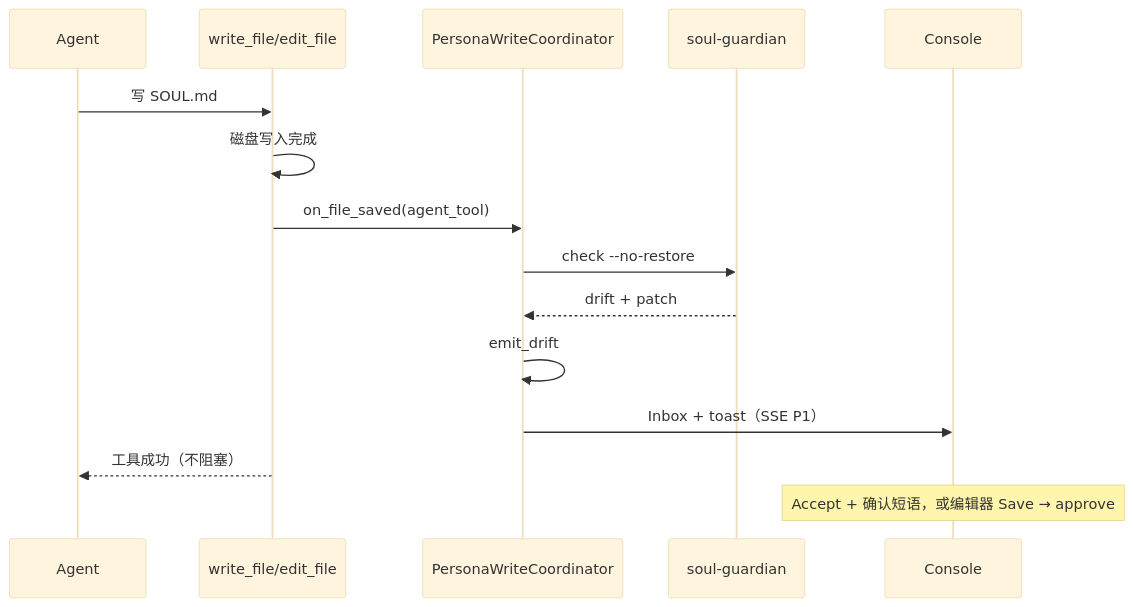
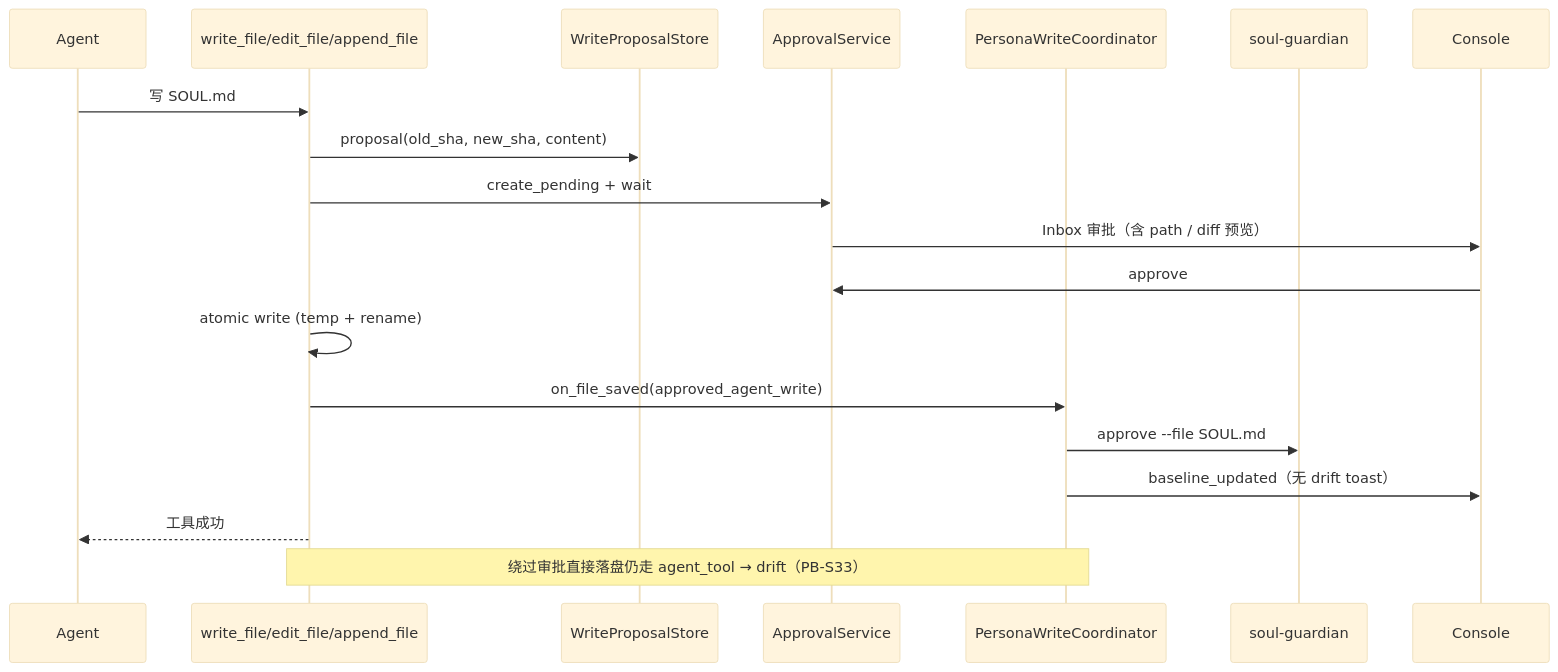
One commit to agentscope-ai/QwenPaw changed the fifth of 9 diagrams in extension/Persona Baseline Guardian Design.md. Above: the diagram before and after it, drawn with Mermaid (base theme). The commit also changed other lines of this file and 31 other files, not shown here.

````diff
--- a/extension/Persona Baseline Guardian Design.md
+++ b/extension/Persona Baseline Guardian Design.md
@@ -637,19 +652,23 @@
 ```mermaid
 sequenceDiagram
   participant Agent
-  participant Tool as write_file/edit_file
+  participant Tool as write_file/edit_file/append_file
+  participant Prop as WriteProposalStore
+  participant Appr as ApprovalService
   participant Coord as PersonaWriteCoordinator
   participant SG as soul-guardian
   participant UI as Console
 
   Agent->>Tool: 写 SOUL.md
-  Tool->>Tool: 磁盘写入完成
-  Tool->>Coord: on_file_saved(agent_tool)
-  Coord->>SG: check --no-restore
-  SG-->>Coord: drift + patch
-  Coord->>Coord: emit_drift
-  Coord->>UI: Inbox + toast（SSE P1）
-  Tool-->>Agent: 工具成功（不阻塞）
+  Tool->>Prop: proposal(old_sha, new_sha, content)
+  Tool->>Appr: create_pending + wait
+  Appr->>UI: Inbox 审批（含 path / diff 预览）
+  UI->>Appr: approve
+  Tool->>Tool: atomic write (temp + rename)
+  Tool->>Coord: on_file_saved(approved_agent_write)
+  Coord->>SG: approve --file SOUL.md
+  Coord->>UI: baseline_updated（无 drift toast）
+  Tool-->>Agent: 工具成功
 
-  Note over UI: Accept + 确认短语，或编辑器 Save → approve
+  Note over Tool,Coord: 绕过审批直接落盘仍走 agent_tool → drift（PB-S33）
 ```
````
